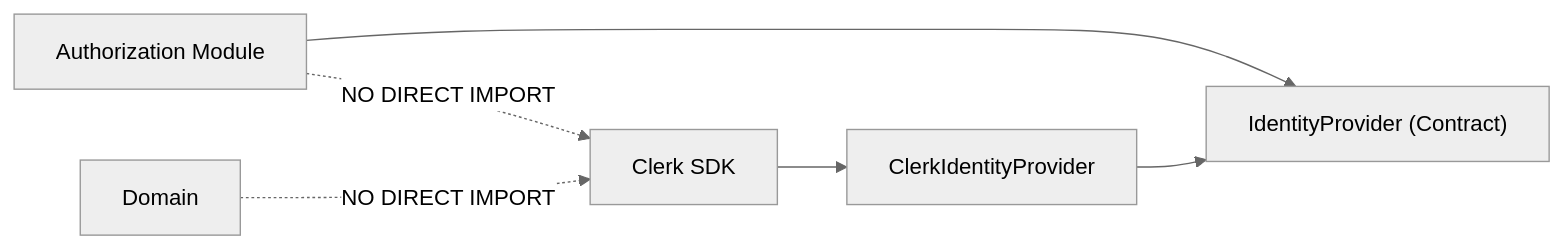
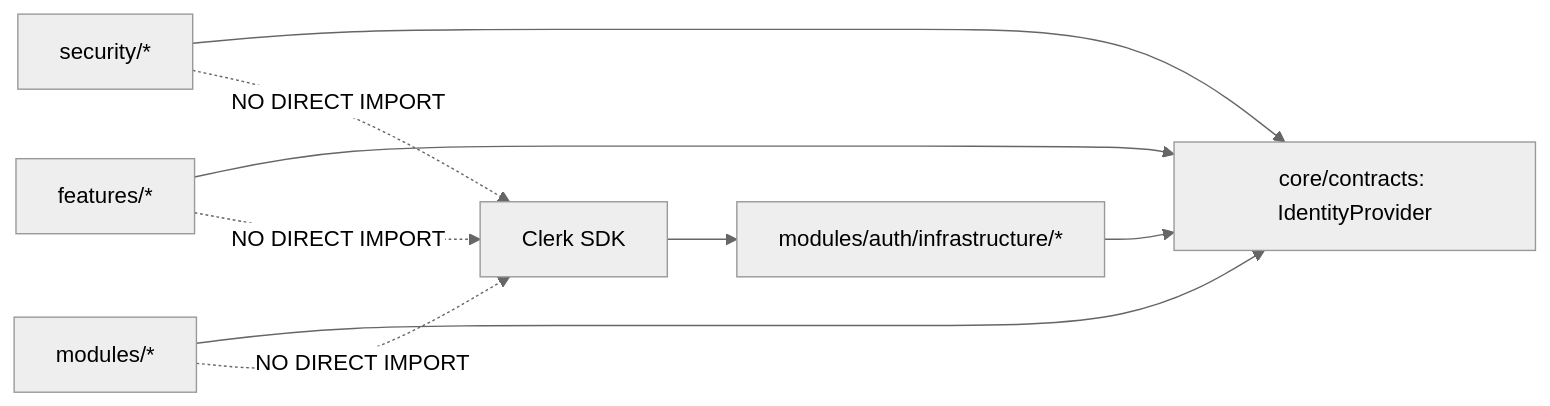
The diagram in docs/architecture/04 - Auth Provider Isolation.mmd (wmitrus/nextjs-16-boilerplate), drawn with Mermaid (neutral theme) before and after one commit. The commit also changed 6 other files, not shown here.

First line of the commit message:
docs(architecture): update dependency graphs and traceability notes

```diff
--- a/docs/architecture/04 - Auth Provider Isolation.mmd
+++ b/docs/architecture/04 - Auth Provider Isolation.mmd
@@ -1,14 +1,21 @@
 flowchart LR
+%% Traceability: src/modules/auth/infrastructure/ClerkIdentityProvider.ts, src/modules/auth/index.ts
+%% Contracts and usage: src/core/contracts/identity.ts, src/security/core/security-context.ts, src/security/middleware/with-auth.ts
 
 CLERK["Clerk SDK"]
-AUTH_INFRA["ClerkIdentityProvider"]
-IDENTITY_CONTRACT["IdentityProvider (Contract)"]
-AUTHZ["Authorization Module"]
-DOMAIN["Domain"]
+AUTH_INFRA["modules/auth/infrastructure/*"]
+IDENTITY_CONTRACT["core/contracts: IdentityProvider"]
+SECURITY["security/*"]
+FEATURES["features/*"]
+MODULES["modules/*"]
 
 CLERK --> AUTH_INFRA
 AUTH_INFRA --> IDENTITY_CONTRACT
-AUTHZ --> IDENTITY_CONTRACT
 
-AUTHZ -. NO DIRECT IMPORT .-> CLERK
-DOMAIN -. NO DIRECT IMPORT .-> CLERK
+SECURITY --> IDENTITY_CONTRACT
+FEATURES --> IDENTITY_CONTRACT
+MODULES --> IDENTITY_CONTRACT
+
+SECURITY -. NO DIRECT IMPORT .-> CLERK
+FEATURES -. NO DIRECT IMPORT .-> CLERK
+MODULES -. NO DIRECT IMPORT .-> CLERK
```
